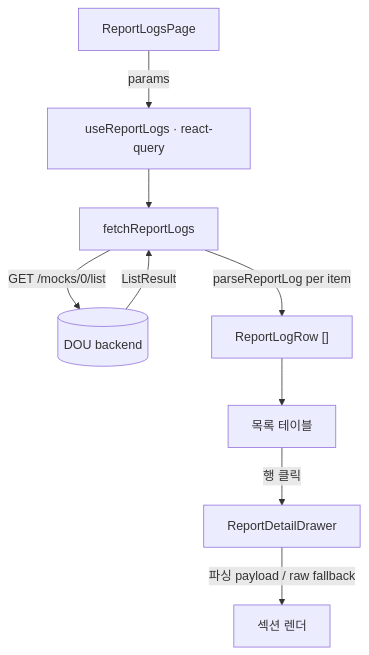
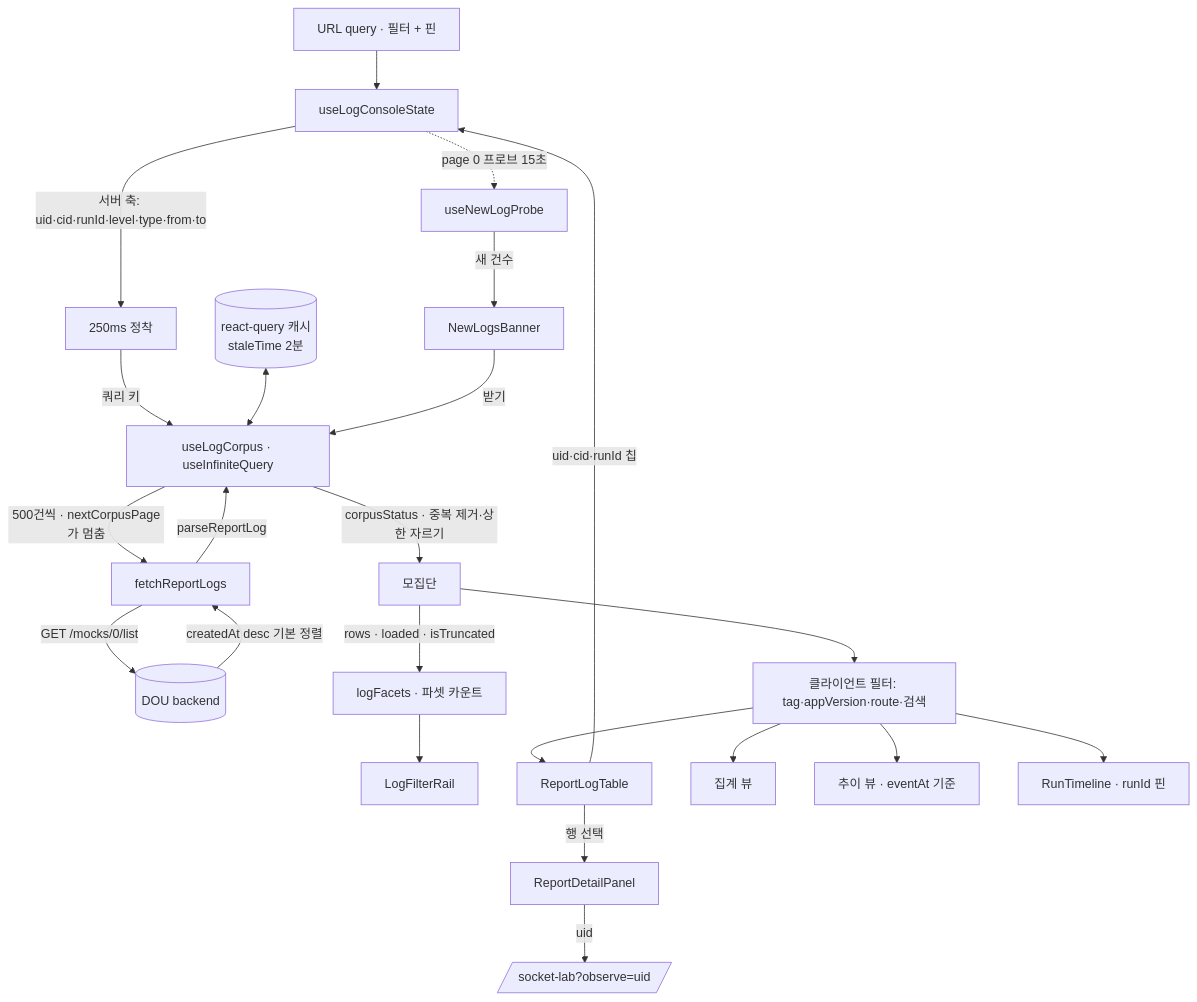
Before and after one commit to lemoncloud-io/dou-app: the first of 3 diagrams in apps/admin-v2/docs/specs/report-logs/spec.md, drawn with Mermaid. The commit also changed other lines of this file and 42 other files, not shown here.

First line of the commit message:
feat(admin-v2): rebuild the log screen as a tracking console

````diff
--- a/apps/admin-v2/docs/specs/report-logs/spec.md
+++ b/apps/admin-v2/docs/specs/report-logs/spec.md
@@ -65,11 +125,25 @@
 ```mermaid
 flowchart TD
-    Page[ReportLogsPage] -->|params| Hook[useReportLogs · react-query]
-    Hook --> Api[fetchReportLogs]
+    URL[URL query · 필터 + 핀] --> State[useLogConsoleState]
+    State -->|서버 축: uid·cid·runId·level·type·from·to| Settle[250ms 정착]
+    Settle -->|쿼리 키| Corpus[useLogCorpus · useInfiniteQuery]
+    Cache[(react-query 캐시<br/>staleTime 2분)] <--> Corpus
+    Corpus -->|500건씩 · nextCorpusPage가 멈춤| Api[fetchReportLogs]
     Api -->|GET /mocks/0/list| DOU[(DOU backend)]
-    DOU -->|ListResult<MockView, AggrResult>| Api
-    Api -->|parseReportLog per item| Rows[ReportLogRow #91;#93;]
-    Rows --> Table[목록 테이블]
-    Table -->|행 클릭| Drawer[ReportDetailDrawer]
-    Drawer -->|파싱 payload / raw fallback| Sections[섹션 렌더]
+    DOU -->|createdAt desc 기본 정렬| Api
+    Api -->|parseReportLog| Corpus
+    Corpus -->|corpusStatus · 중복 제거·상한 자르기| Rows[모집단]
+    Rows -->|rows · loaded · isTruncated| Facets[logFacets · 파셋 카운트]
+    Rows --> Filter[클라이언트 필터: tag·appVersion·route·검색]
+    Facets --> Rail[LogFilterRail]
+    Filter --> Table[ReportLogTable]
+    Filter --> Group[집계 뷰]
+    Filter --> Chart[추이 뷰 · eventAt 기준]
+    Filter --> Timeline[RunTimeline · runId 핀]
+    Table -->|행 선택| Panel[ReportDetailPanel]
+    Table -->|uid·cid·runId 칩| State
+    Panel -->|uid| Observe[/socket-lab?observe=uid/]
+    State -.->|page 0 프로브 15초| Probe[useNewLogProbe]
+    Probe -->|새 건수| Banner[NewLogsBanner]
+    Banner -->|받기| Corpus
 ```
````
